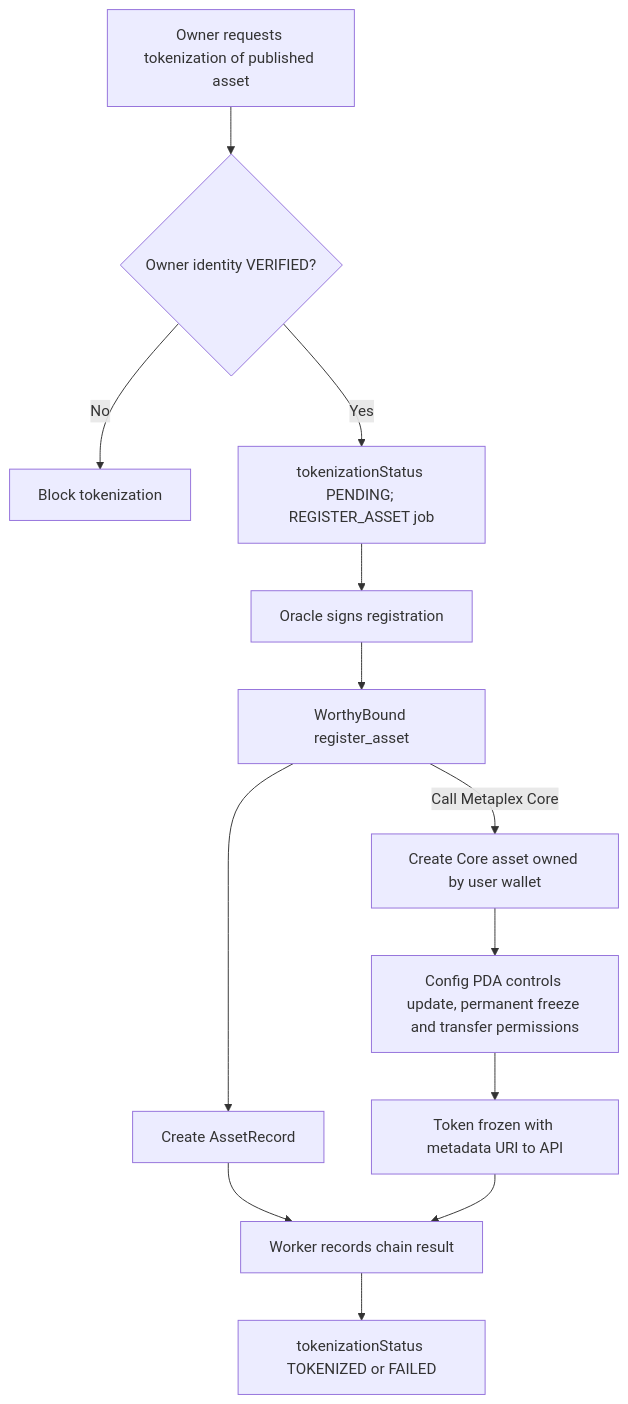
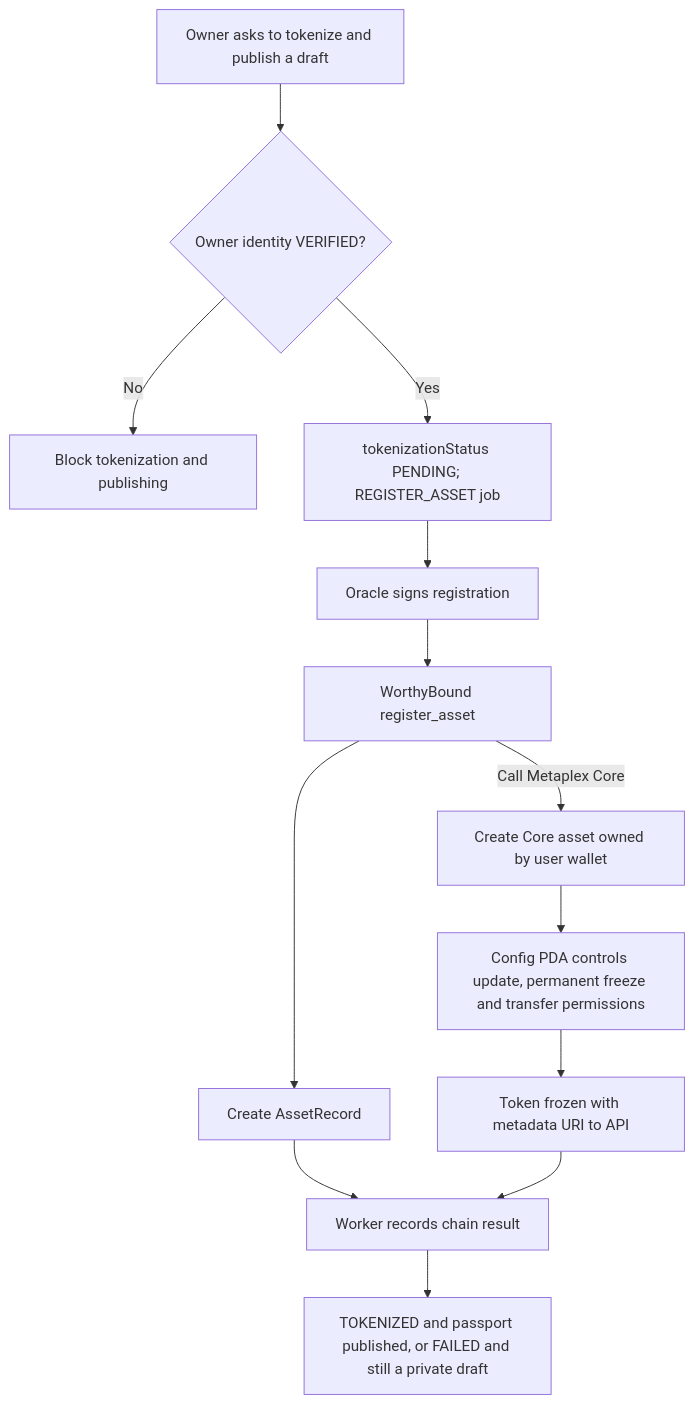
Diagram 13 of 35 in docs/architecture.md (BBoy416/WORTHYBOUND), drawn with Mermaid before and after one commit. The commit also changed other lines of this file and 18 other files, not shown here.

Commit message:
Tokenize every item before its passport is published

````diff
--- a/docs/architecture.md
+++ b/docs/architecture.md
@@ -327,15 +329,15 @@
 ```mermaid
 flowchart TD
-Request["Owner requests tokenization of published asset"] --> Identity{"Owner identity VERIFIED?"}
-Identity -->|"No"| Block["Block tokenization"]
+Request["Owner asks to tokenize and publish a draft"] --> Identity{"Owner identity VERIFIED?"}
+Identity -->|"No"| Block["Block tokenization and publishing"]
 Identity -->|"Yes"| Queue["tokenizationStatus PENDING; REGISTER_ASSET job"]
 Queue --> Oracle["Oracle signs registration"]
 Oracle --> WB["WorthyBound register_asset"]
 WB --> Record["Create AssetRecord"]
 WB -->|"Call Metaplex Core"| Core["Create Core asset owned by user wallet"]
 Core --> Plugins["Config PDA controls update, permanent freeze and transfer permissions"]
 Plugins --> Frozen["Token frozen with metadata URI to API"]
 Record --> Result["Worker records chain result"]
 Frozen --> Result
-Result --> State["tokenizationStatus TOKENIZED or FAILED"]
+Result --> State["TOKENIZED and passport published, or FAILED and still a private draft"]
 ```
````
